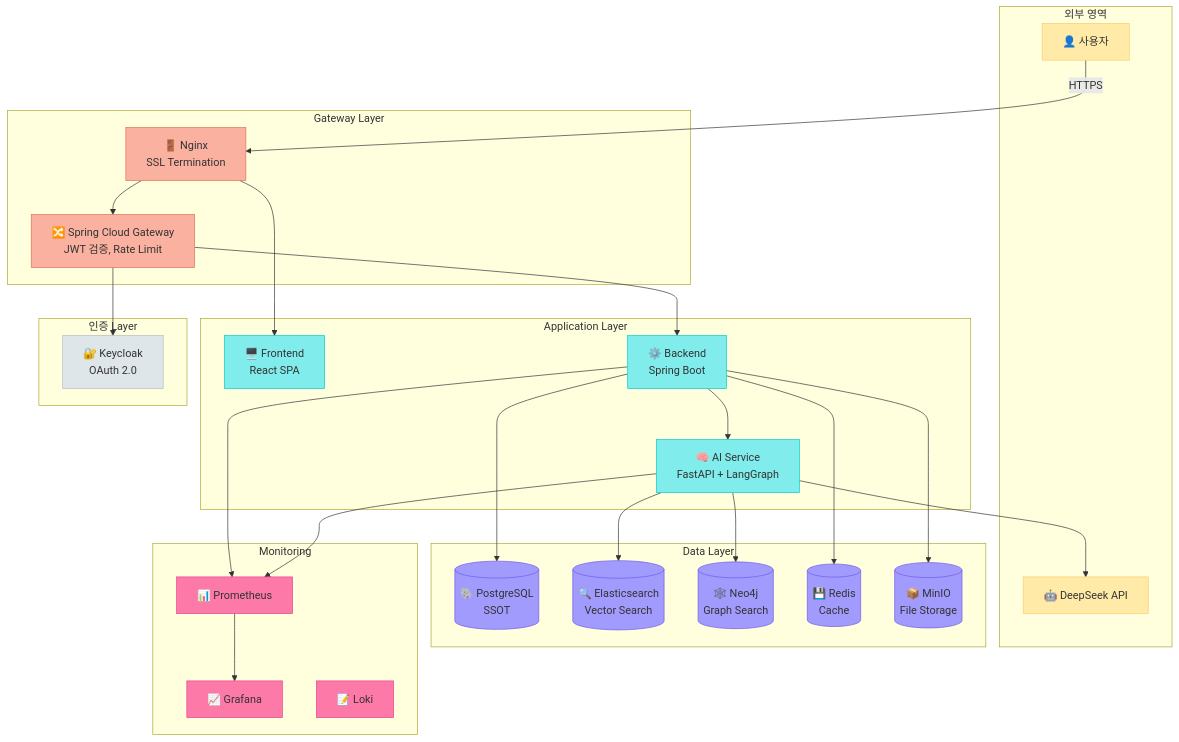
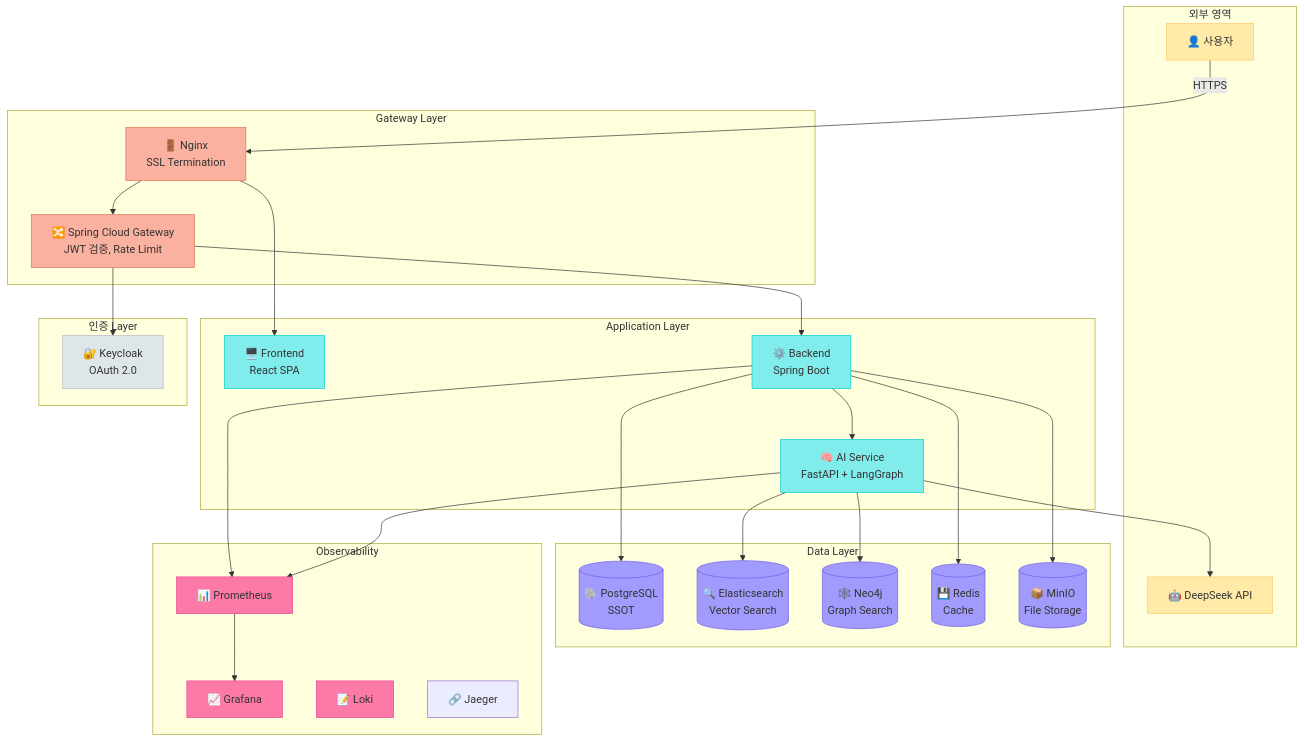
The fourth of 26 diagrams in knowledge_service/docs/02_design/integrated_detailed_design.md (k82022603/hybrid-rag-knowledge-ops), drawn with Mermaid before and after one commit. The commit also changed other lines of this file and 19 other files, not shown here.

````diff
--- a/knowledge_service/docs/02_design/integrated_detailed_design.md
+++ b/knowledge_service/docs/02_design/integrated_detailed_design.md
@@ -176,59 +178,60 @@
 ```mermaid
 flowchart TB
     subgraph External["외부 영역"]
         User["👤 사용자"]
         DS["🤖 DeepSeek API"]
     end
 
     subgraph Gateway["Gateway Layer"]
         Nginx["🚪 Nginx<br/>SSL Termination"]
         GW["🔀 Spring Cloud Gateway<br/>JWT 검증, Rate Limit"]
     end
 
     subgraph Application["Application Layer"]
         FE["🖥️ Frontend<br/>React SPA"]
         BE["⚙️ Backend<br/>Spring Boot"]
         AI["🧠 AI Service<br/>FastAPI + LangGraph"]
     end
 
     subgraph Auth["인증 Layer"]
         KC["🔐 Keycloak<br/>OAuth 2.0"]
     end
 
     subgraph Data["Data Layer"]
         PG[("🐘 PostgreSQL<br/>SSOT")]
         ES[("🔍 Elasticsearch<br/>Vector Search")]
         Neo[("🕸️ Neo4j<br/>Graph Search")]
         Redis[("💾 Redis<br/>Cache")]
         MinIO[("📦 MinIO<br/>File Storage")]
     end
 
-    subgraph Monitor["Monitoring"]
+    subgraph Monitor["Observability"]
         Prometheus["📊 Prometheus"]
         Grafana["📈 Grafana"]
         Loki["📝 Loki"]
+        Jaeger["🔗 Jaeger"]
     end
 
     User -->|HTTPS| Nginx --> FE & GW
     GW --> KC
     GW --> BE --> AI --> DS
     BE --> PG & Redis & MinIO
     AI --> ES & Neo
 
     BE & AI --> Prometheus
     Prometheus --> Grafana
 
     classDef external fill:#ffeaa7,stroke:#fdcb6e
     classDef gateway fill:#fab1a0,stroke:#e17055
     classDef app fill:#81ecec,stroke:#00cec9
     classDef auth fill:#dfe6e9,stroke:#b2bec3
     classDef data fill:#a29bfe,stroke:#6c5ce7
     classDef monitor fill:#fd79a8,stroke:#e84393
 
     class User,DS external
     class Nginx,GW gateway
     class FE,BE,AI app
     class KC auth
     class PG,ES,Neo,Redis,MinIO data
     class Prometheus,Grafana,Loki monitor
 ```
````
